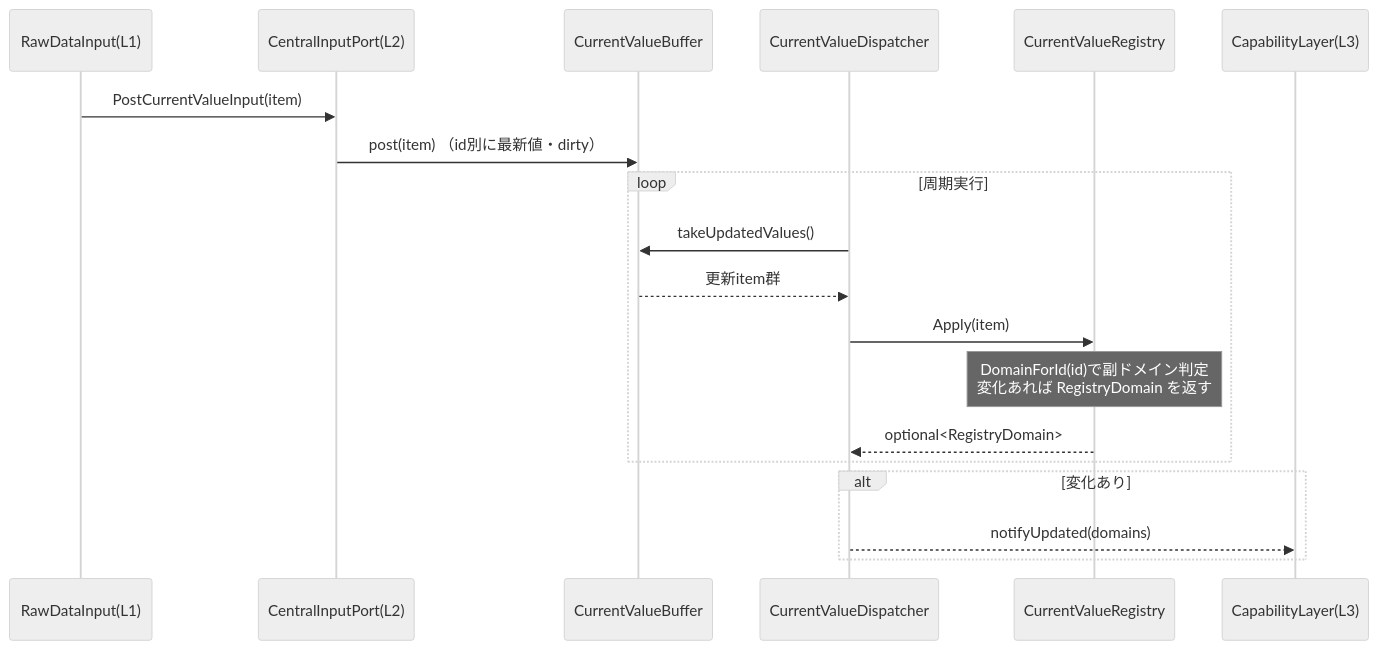
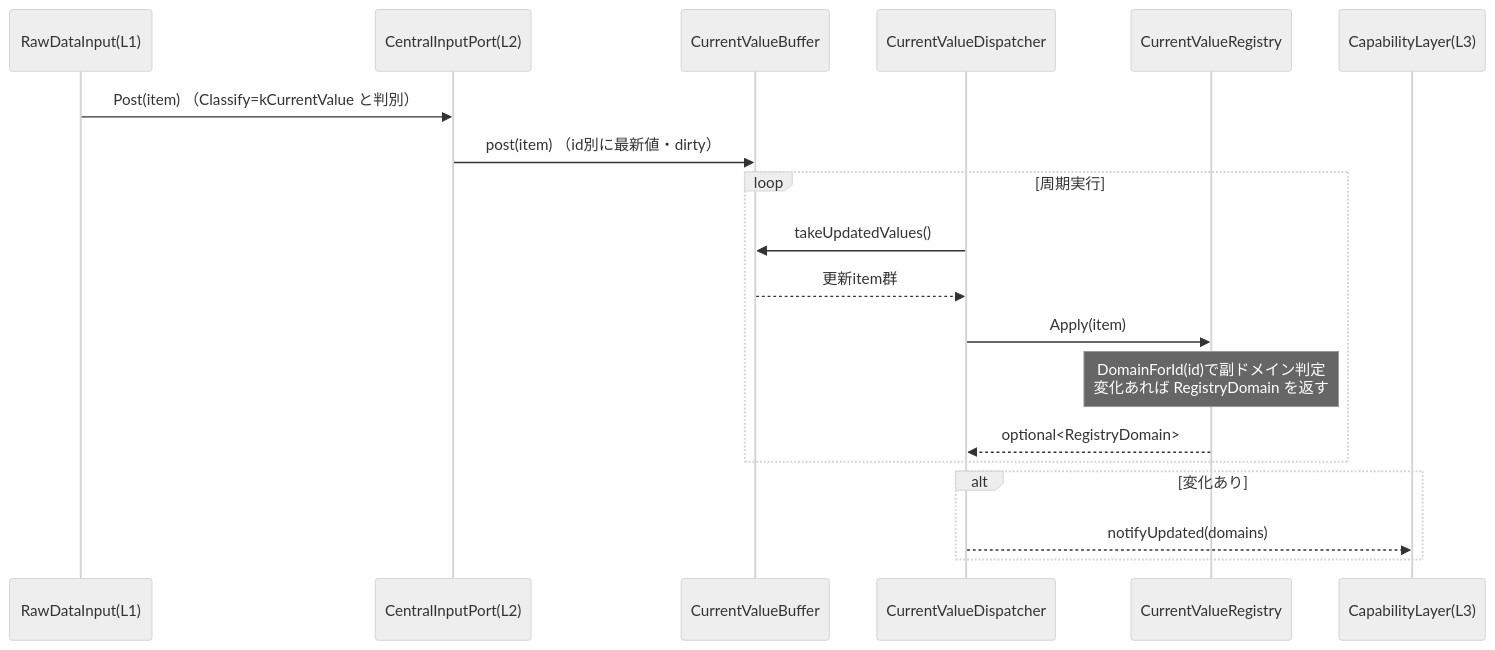
The fifth of 5 diagrams in docs/adapter/04_シーケンス図.md (ceedling-vxworks-test-generator/printer-fw), drawn with Mermaid (neutral theme) before and after one commit. The commit also changed other lines of this file and 11 other files, not shown here.

First line of the commit message:
Collapse ICentralInputPort's three posts into one; move classification to L2

````diff
--- a/docs/adapter/04_シーケンス図.md
+++ b/docs/adapter/04_シーケンス図.md
@@ -89,22 +91,22 @@
 ```mermaid
 sequenceDiagram
     participant RDI as RawDataInput(L1)
     participant Port as CentralInputPort(L2)
     participant Buf as CurrentValueBuffer
     participant Disp as CurrentValueDispatcher
     participant Reg as CurrentValueRegistry
     participant Cap as CapabilityLayer(L3)
 
-    RDI->>Port: PostCurrentValueInput(item)
+    RDI->>Port: Post(item) （Classify=kCurrentValue と判別）
     Port->>Buf: post(item) （id別に最新値・dirty）
     loop 周期実行
         Disp->>Buf: takeUpdatedValues()
         Buf-->>Disp: 更新item群
         Disp->>Reg: Apply(item)
         Note over Reg: DomainForId(id)で副ドメイン判定<br/>変化あれば RegistryDomain を返す
         Reg-->>Disp: optional<RegistryDomain>
     end
     alt 変化あり
         Disp-->>Cap: notifyUpdated(domains)
     end
 ```
````
